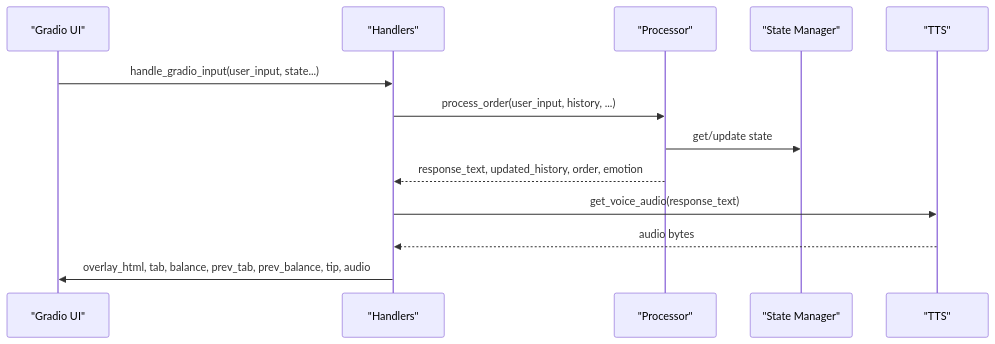
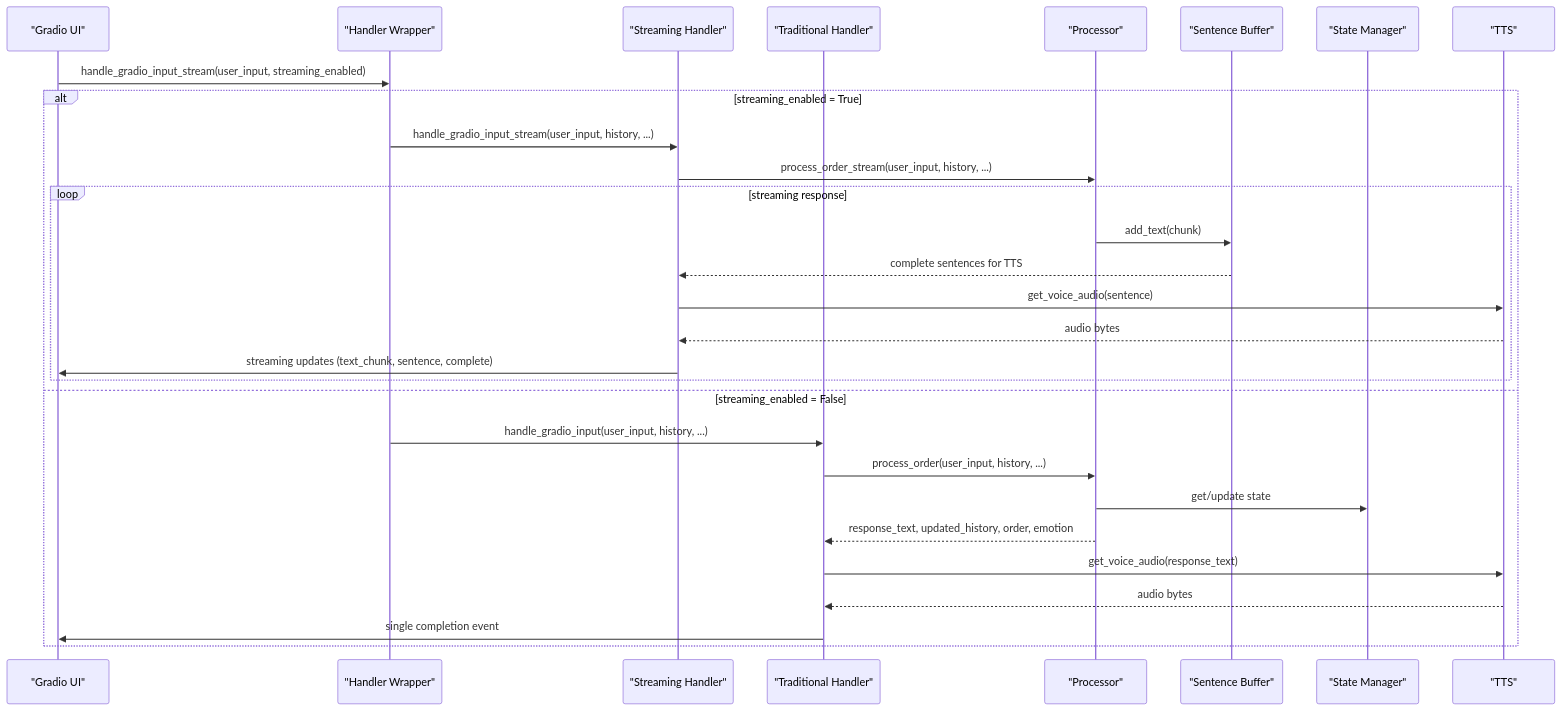
Before and after one commit to MOK-5-ha/MayaMCP: the fifth of 6 diagrams in .qoder/repowiki/en/content/User Interface Components/User Interface Components.md, drawn with Mermaid. The commit also changed other lines of this file and 27 other files, not shown here.

````diff
--- a/.qoder/repowiki/en/content/User Interface Components/User Interface Components.md
+++ b/.qoder/repowiki/en/content/User Interface Components/User Interface Components.md
@@ -262,15 +397,31 @@
 ```mermaid
 sequenceDiagram
 participant G as "Gradio UI"
-participant H as "Handlers"
+participant HW as "Handler Wrapper"
+participant HS as "Streaming Handler"
+participant H as "Traditional Handler"
 participant P as "Processor"
+participant SB as "Sentence Buffer"
 participant S as "State Manager"
 participant T as "TTS"
-G->>H : handle_gradio_input(user_input, state...)
+G->>HW : handle_gradio_input_stream(user_input, streaming_enabled)
+alt streaming_enabled = True
+HW->>HS : handle_gradio_input_stream(user_input, history, ...)
+HS->>P : process_order_stream(user_input, history, ...)
+loop streaming response
+P->>SB : add_text(chunk)
+SB-->>HS : complete sentences for TTS
+HS->>T : get_voice_audio(sentence)
+T-->>HS : audio bytes
+HS->>G : streaming updates (text_chunk, sentence, complete)
+end
+else streaming_enabled = False
+HW->>H : handle_gradio_input(user_input, history, ...)
 H->>P : process_order(user_input, history, ...)
 P->>S : get/update state
 P-->>H : response_text, updated_history, order, emotion
 H->>T : get_voice_audio(response_text)
 T-->>H : audio bytes
-H->>G : overlay_html, tab, balance, prev_tab, prev_balance, tip, audio
+H->>G : single completion event
+end
 ```
````
